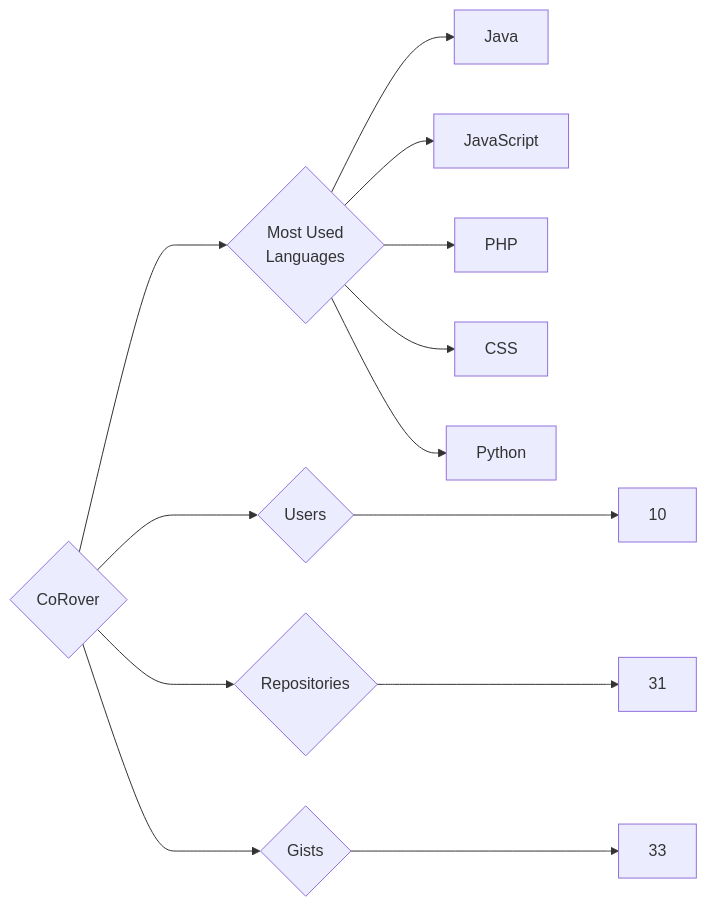
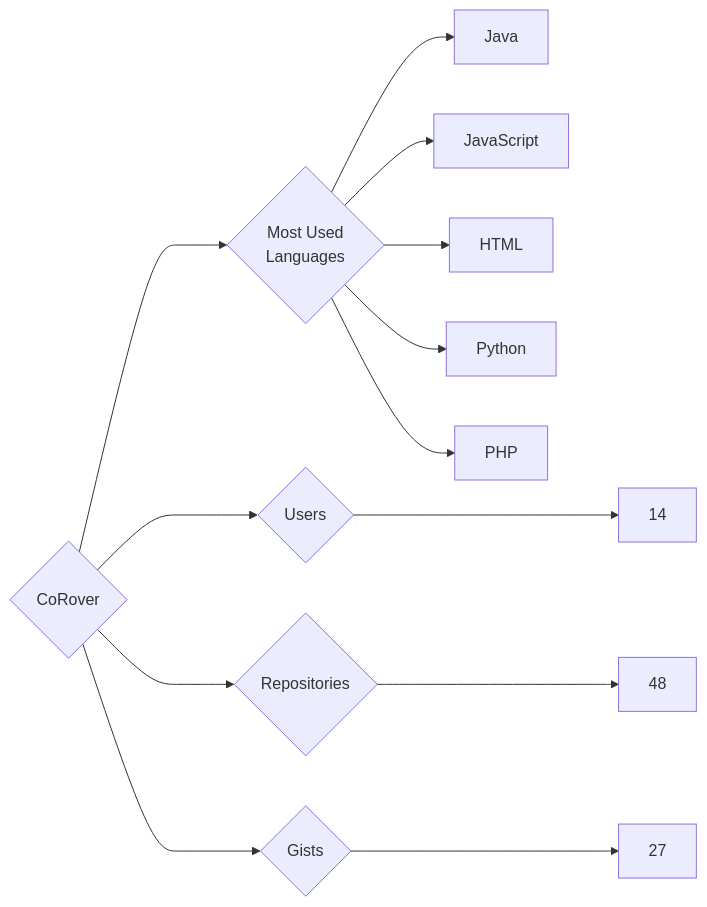
The diagram in targets/CoRover/README.md (trickest/insiders), drawn with Mermaid before and after one commit. The commit also changed 1092 other files, not shown here.

````diff
--- a/targets/CoRover/README.md
+++ b/targets/CoRover/README.md
@@ -3,13 +3,13 @@
 ```mermaid
 graph LR
 COMPANY_NAME{CoRover}
-COMPANY_NAME ---> U{Users} ---> UN[10]
-COMPANY_NAME ---> R{Repositories} ---> RN[31]
-COMPANY_NAME ---> G{Gists} ---> GN[33]
+COMPANY_NAME ---> U{Users} ---> UN[14]
+COMPANY_NAME ---> R{Repositories} ---> RN[48]
+COMPANY_NAME ---> G{Gists} ---> GN[27]
 COMPANY_NAME ---> ML{Most Used<br>Languages}
 ML --> Java[Java]
 ML --> JavaScript[JavaScript]
+ML --> HTML[HTML]
+ML --> Python[Python]
 ML --> PHP[PHP]
-ML --> CSS[CSS]
-ML --> Python[Python]
 ```
````
